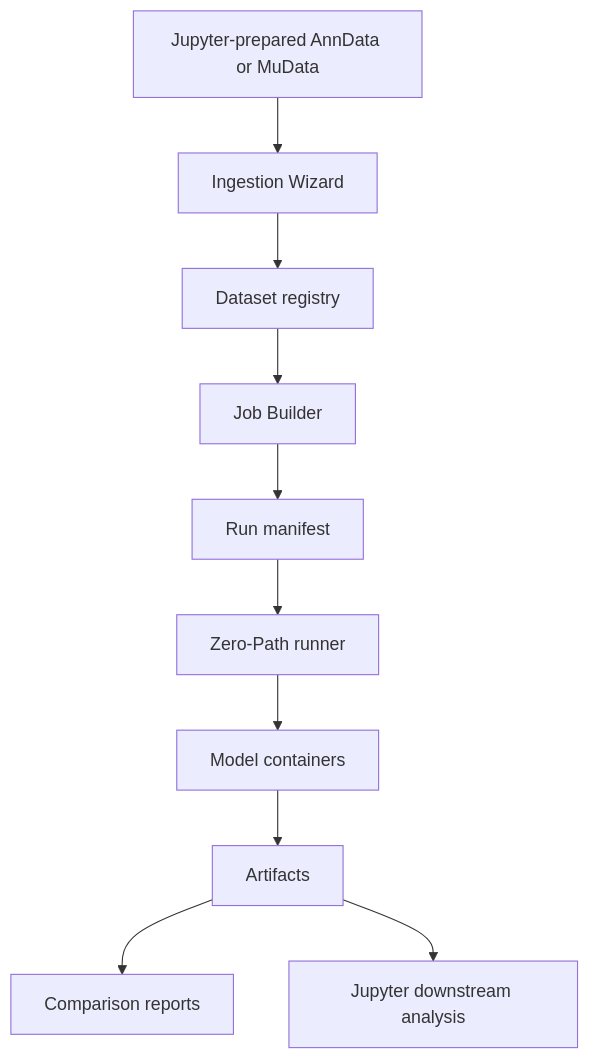
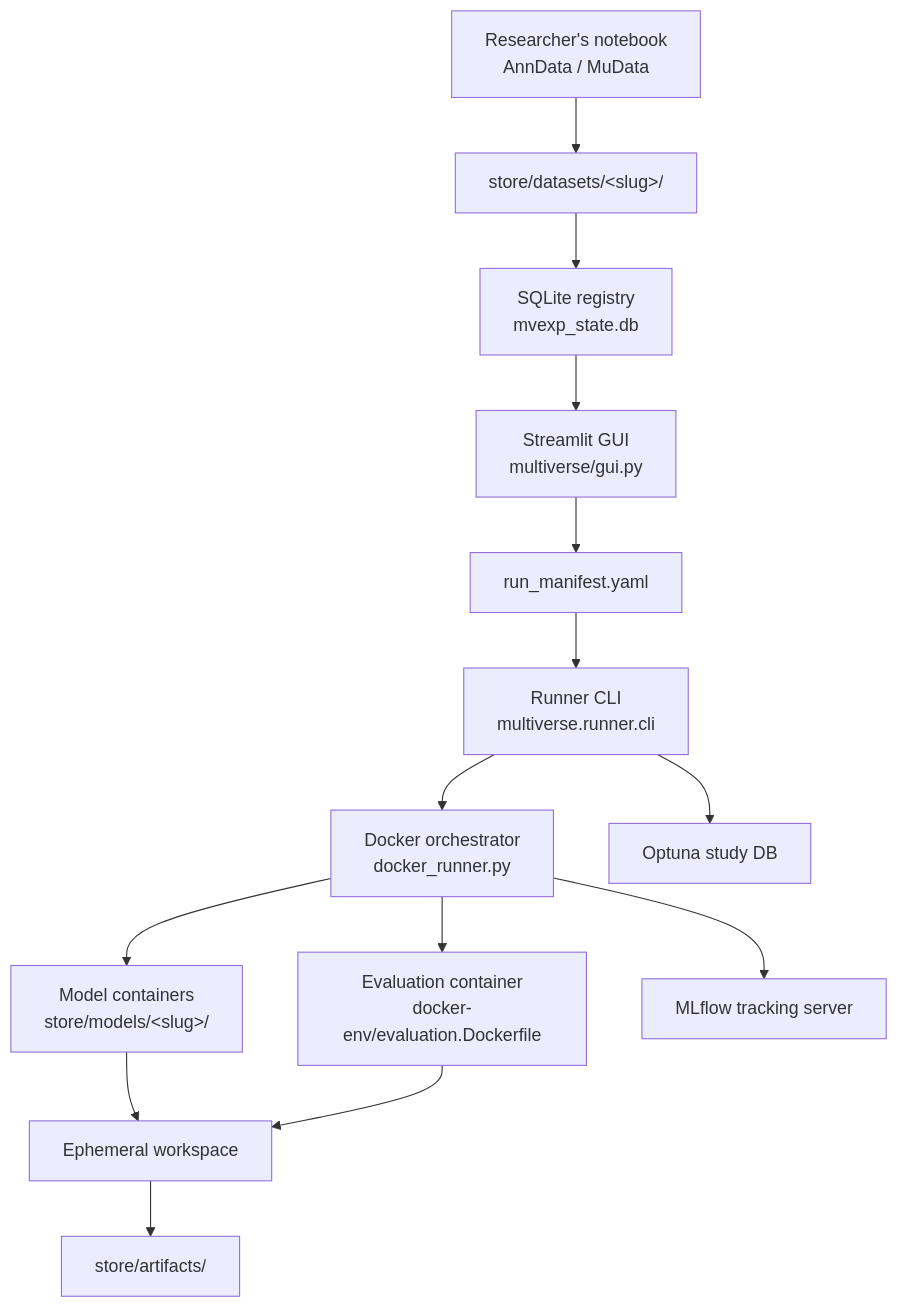
Before and after one commit to sifrimlab/multiverse: the diagram in docs/ARCHITECTURE.md, drawn with Mermaid. The commit also changed other lines of this file and 17 other files, not shown here.

````diff
--- a/docs/ARCHITECTURE.md
+++ b/docs/ARCHITECTURE.md
@@ -7,12 +18,16 @@
 ```mermaid
 flowchart TD
-    A[Jupyter-prepared AnnData or MuData] --> B[Ingestion Wizard]
-    B --> C[Dataset registry]
-    C --> D[Job Builder]
-    D --> E[Run manifest]
-    E --> F[Zero-Path runner]
-    F --> G[Model containers]
-    G --> H[Artifacts]
-    H --> I[Comparison reports]
-    H --> J[Jupyter downstream analysis]
+    A[Researcher's notebook<br/>AnnData / MuData] --> B[store/datasets/&lt;slug&gt;/]
+    B --> C[SQLite registry<br/>mvexp_state.db]
+    C --> D[Streamlit GUI<br/>multiverse/gui.py]
+    D --> E[run_manifest.yaml]
+    E --> F[Runner CLI<br/>multiverse.runner.cli]
+    F --> G[Docker orchestrator<br/>docker_runner.py]
+    G --> H[Model containers<br/>store/models/&lt;slug&gt;/]
+    G --> I[Evaluation container<br/>docker-env/evaluation.Dockerfile]
+    H --> J[Ephemeral workspace]
+    I --> J
+    J --> K[store/artifacts/]
+    G --> L[MLflow tracking server]
+    F --> M[Optuna study DB]
 ```
````
